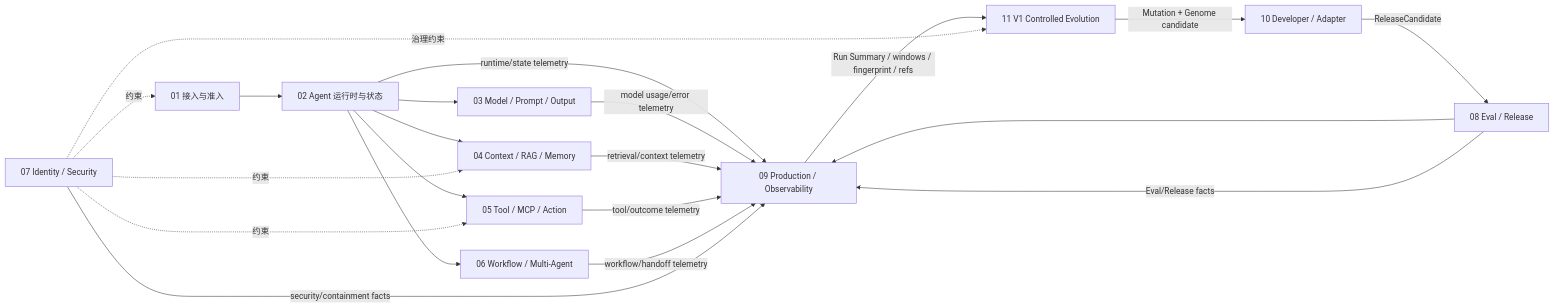
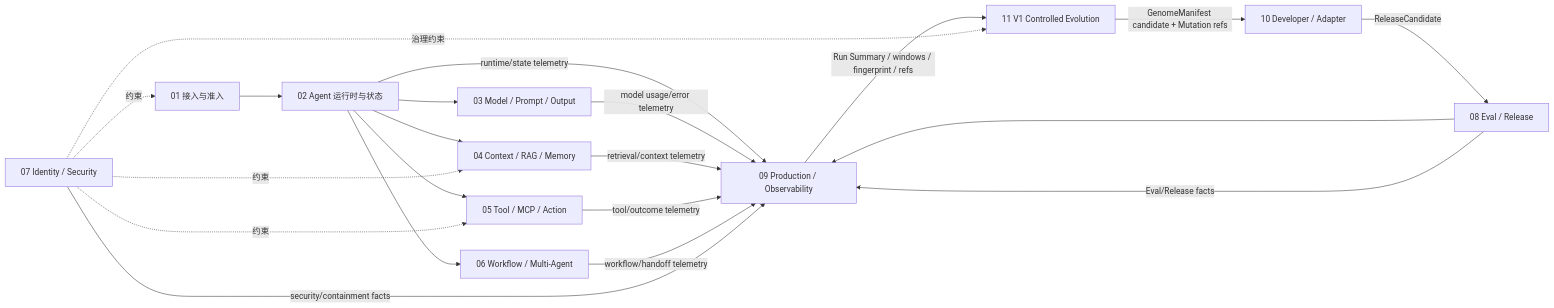
Before and after one commit to chun001-stac/Agent-UEAF: the diagram in docs/00-总览/04-功能模块全景.md, drawn with Mermaid. The commit also changed other lines of this file, not shown here.

````diff
--- a/docs/00-总览/04-功能模块全景.md
+++ b/docs/00-总览/04-功能模块全景.md
@@ -8,25 +8,25 @@
 ```mermaid
 flowchart LR
     M01["01 接入与准入"] --> M02["02 Agent 运行时与状态"]
     M02 --> M04["04 Context / RAG / Memory"]
     M02 --> M03["03 Model / Prompt / Output"]
     M02 --> M05["05 Tool / MCP / Action"]
     M02 --> M06["06 Workflow / Multi-Agent"]
     M07["07 Identity / Security"] -.约束.-> M01
     M07 -.约束.-> M04
     M07 -.约束.-> M05
     M08["08 Eval / Release"] --> M09["09 Production / Observability"]
 
     M02 -->|"runtime/state telemetry"| M09
     M03 -->|"model usage/error telemetry"| M09
     M04 -->|"retrieval/context telemetry"| M09
     M05 -->|"tool/outcome telemetry"| M09
     M06 -->|"workflow/handoff telemetry"| M09
     M07 -->|"security/containment facts"| M09
     M08 -->|"Eval/Release facts"| M09
 
     M09 -->|"Run Summary / windows / fingerprint / refs"| M11["11 V1 Controlled Evolution"]
     M07 -.治理约束.-> M11
-    M11 -->|"Mutation + Genome candidate"| M10["10 Developer / Adapter"]
+    M11 -->|"GenomeManifest candidate + Mutation refs"| M10["10 Developer / Adapter"]
     M10 -->|"ReleaseCandidate"| M08
 ```
````
